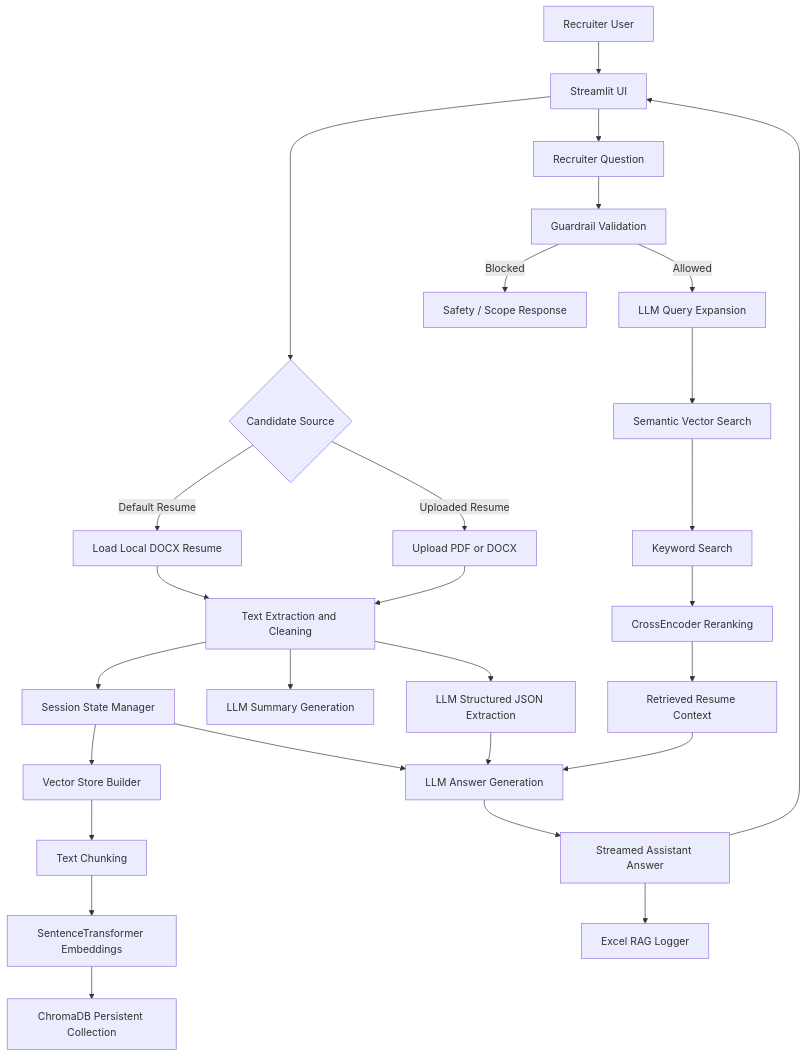
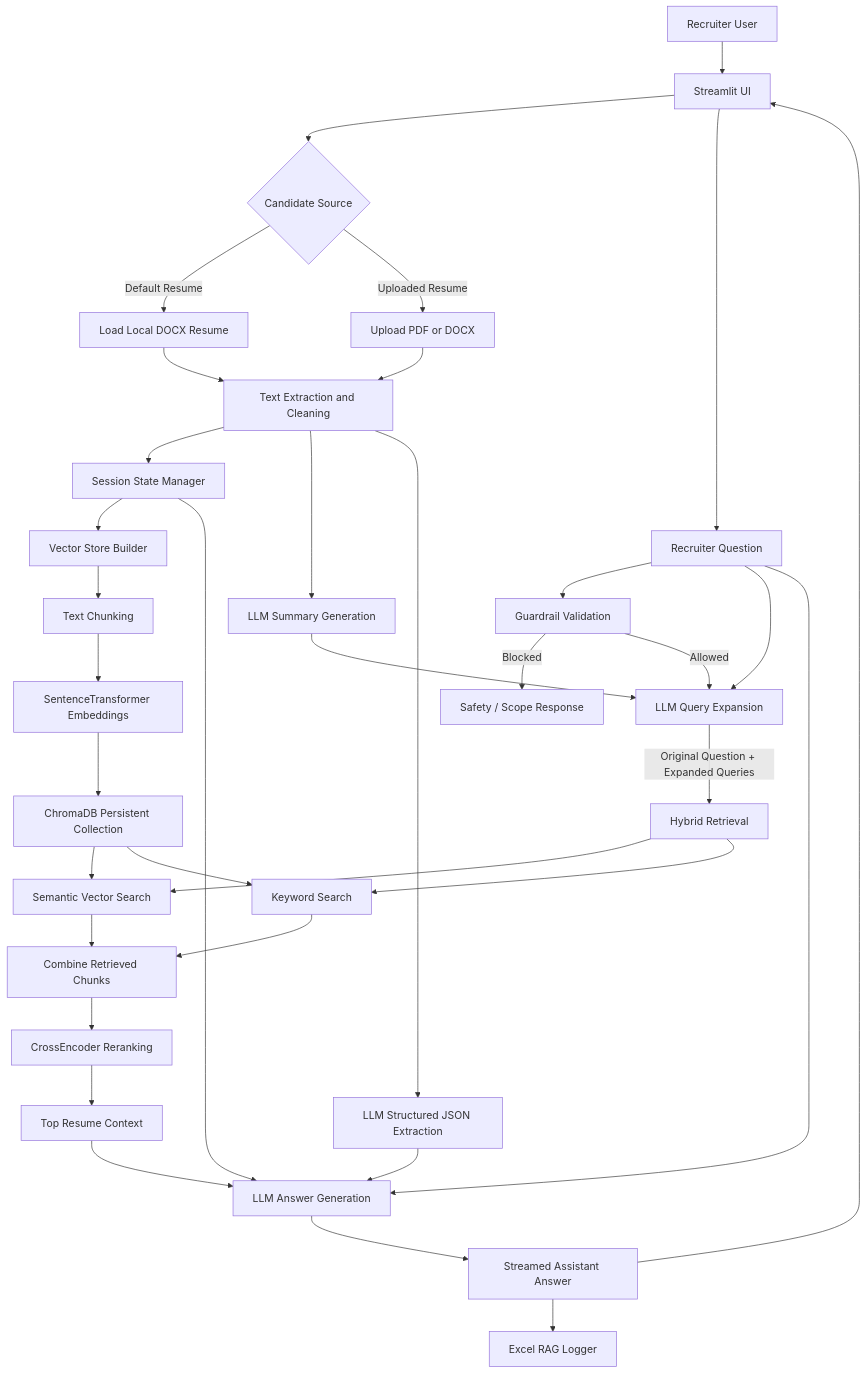
Before and after one commit to CKRG2001/RecruiterAssistant: the diagram in README.md, drawn with Mermaid.

````diff
--- a/README.md
+++ b/README.md
@@ -126,40 +126,53 @@
 ```mermaid
 flowchart TD
     A[Recruiter User] --> B[Streamlit UI]
 
     B --> C{Candidate Source}
     C -->|Default Resume| D[Load Local DOCX Resume]
     C -->|Uploaded Resume| E[Upload PDF or DOCX]
 
     D --> F[Text Extraction and Cleaning]
     E --> F
 
     F --> G[Session State Manager]
     G --> H[Vector Store Builder]
 
     H --> I[Text Chunking]
     I --> J[SentenceTransformer Embeddings]
     J --> K[ChromaDB Persistent Collection]
 
     F --> L[LLM Summary Generation]
     F --> M[LLM Structured JSON Extraction]
 
     B --> N[Recruiter Question]
     N --> O[Guardrail Validation]
 
     O -->|Blocked| P[Safety / Scope Response]
+
     O -->|Allowed| Q[LLM Query Expansion]
+    N --> Q
+    L --> Q
 
-    Q --> R[Semantic Vector Search]
-    R --> S[Keyword Search]
-    S --> T[CrossEncoder Reranking]
-    T --> U[Retrieved Resume Context]
+    Q -->|Original Question + Expanded Queries| R[Hybrid Retrieval]
 
-    U --> V[LLM Answer Generation]
-    M --> V
-    G --> V
+    R --> S[Semantic Vector Search]
+    R --> T[Keyword Search]
 
-    V --> W[Streamed Assistant Answer]
-    W --> X[Excel RAG Logger]
-    W --> B
+    K --> S
+    K --> T
+
+    S --> U[Combine Retrieved Chunks]
+    T --> U
+
+    U --> V[CrossEncoder Reranking]
+    V --> W[Top Resume Context]
+
+    W --> X[LLM Answer Generation]
+    M --> X
+    G --> X
+    N --> X
+
+    X --> Y[Streamed Assistant Answer]
+    Y --> Z[Excel RAG Logger]
+    Y --> B
 ```
````
